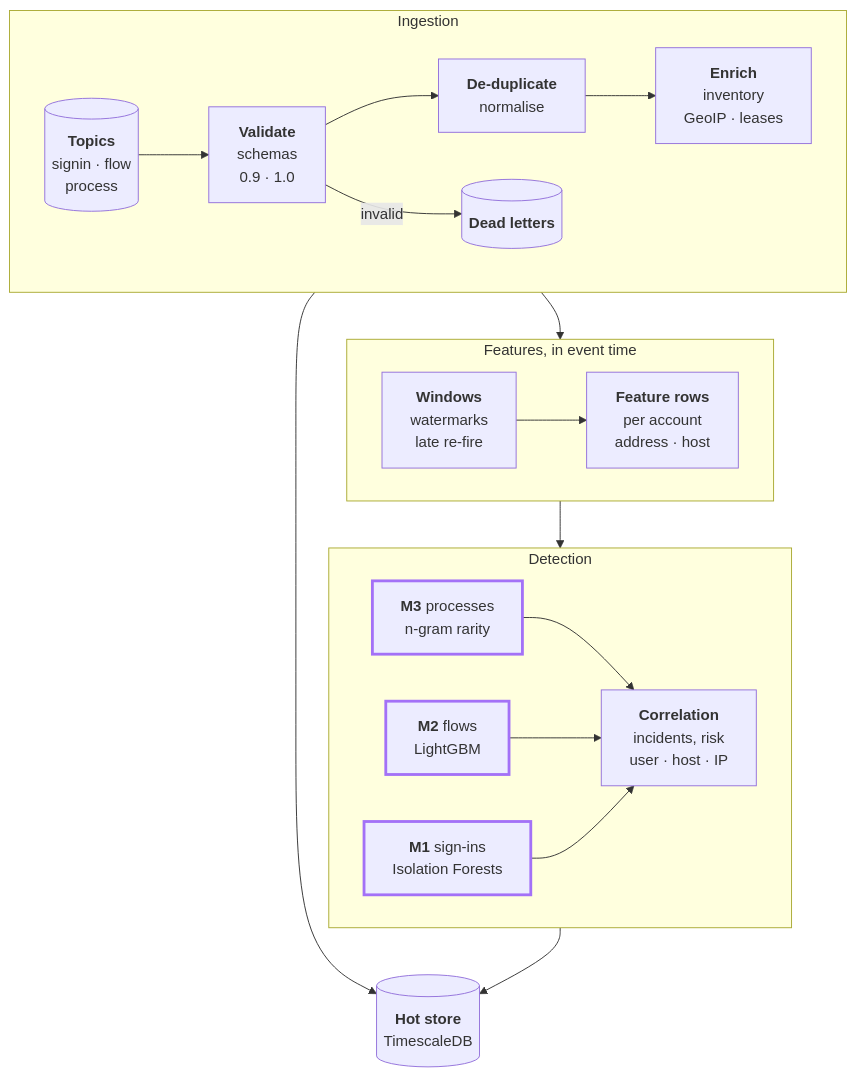
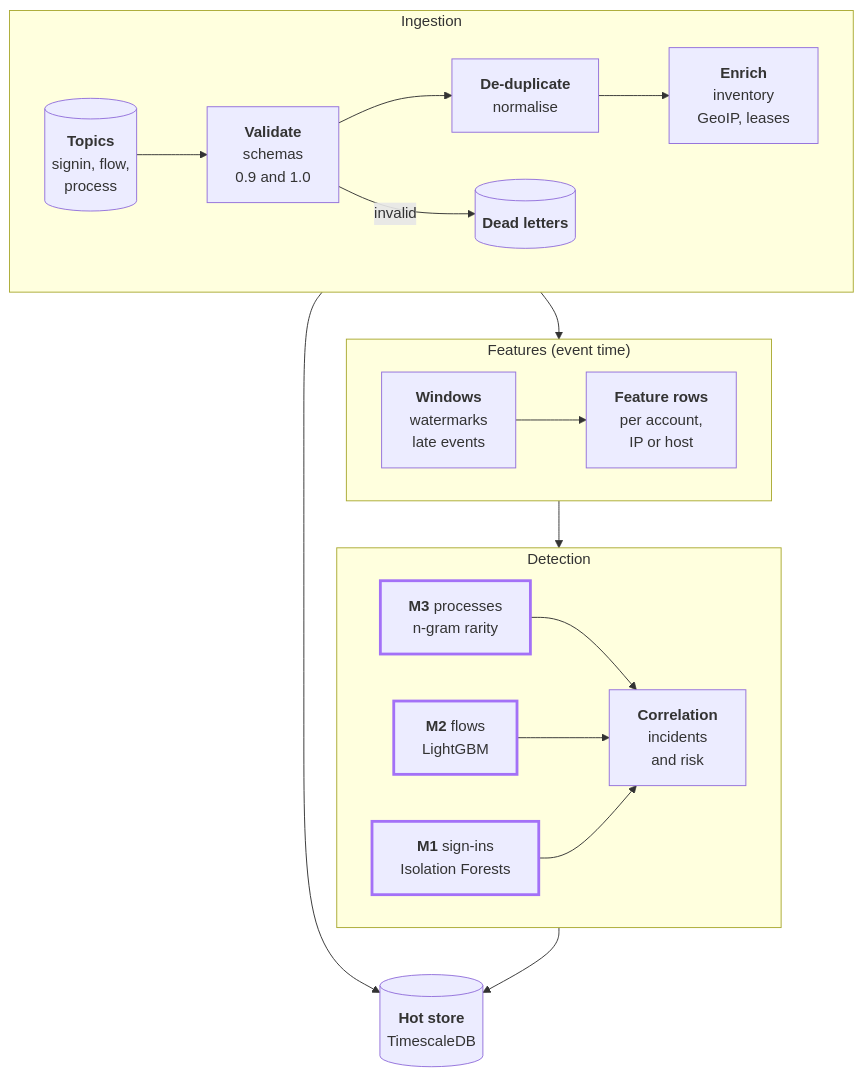
Before and after one commit to Chris91ss/ai4ci-agentic-soc: the second of 5 diagrams in docs/architecture/README.md, drawn with Mermaid. The commit also changed other lines of this file, not shown here.

First line of the commit message:
docs(architecture): rewrite and update the Milestone 2 document

````diff
--- a/docs/architecture/README.md
+++ b/docs/architecture/README.md
@@ -101,29 +86,29 @@
 ```mermaid
 flowchart TB
-    %% subgraphs and edges in reverse order: GitHub's layout engine places them the other way round
+    %% declared in reverse order, so that GitHub draws it top-down with M1 on the left
     subgraph detect ["Detection"]
         direction LR
         m1["<b>M1</b> sign-ins<br/>Isolation Forests"]
         m2["<b>M2</b> flows<br/>LightGBM"]
         m3["<b>M3</b> processes<br/>n-gram rarity"]
-        corr["<b>Correlation</b><br/>incidents, risk<br/>user · host · IP"]
+        corr["<b>Correlation</b><br/>incidents<br/>and risk"]
         m3 --> corr
         m2 --> corr
         m1 --> corr
     end
-    subgraph feat ["Features, in event time"]
+    subgraph feat ["Features (event time)"]
         direction LR
-        windows["<b>Windows</b><br/>watermarks<br/>late re-fire"] --> rows["<b>Feature rows</b><br/>per account<br/>address · host"]
+        windows["<b>Windows</b><br/>watermarks<br/>late events"] --> rows["<b>Feature rows</b><br/>per account,<br/>IP or host"]
     end
     subgraph ingest ["Ingestion"]
         direction LR
-        topics[("<b>Topics</b><br/>signin · flow<br/>process")] --> validate["<b>Validate</b><br/>schemas<br/>0.9 · 1.0"] --> dedup["<b>De-duplicate</b><br/>normalise"] --> enrich["<b>Enrich</b><br/>inventory<br/>GeoIP · leases"]
+        topics[("<b>Topics</b><br/>signin, flow,<br/>process")] --> validate["<b>Validate</b><br/>schemas<br/>0.9 and 1.0"] --> dedup["<b>De-duplicate</b><br/>normalise"] --> enrich["<b>Enrich</b><br/>inventory<br/>GeoIP, leases"]
         validate -- "invalid" --> dlq[("<b>Dead letters</b>")]
     end
     hot[("<b>Hot store</b><br/>TimescaleDB")]
     ingest --> feat --> detect
     enrich --> hot
     corr --> hot
     classDef ai stroke:#a371f7,stroke-width:3px
     class m1,m2,m3 ai
 ```
````
